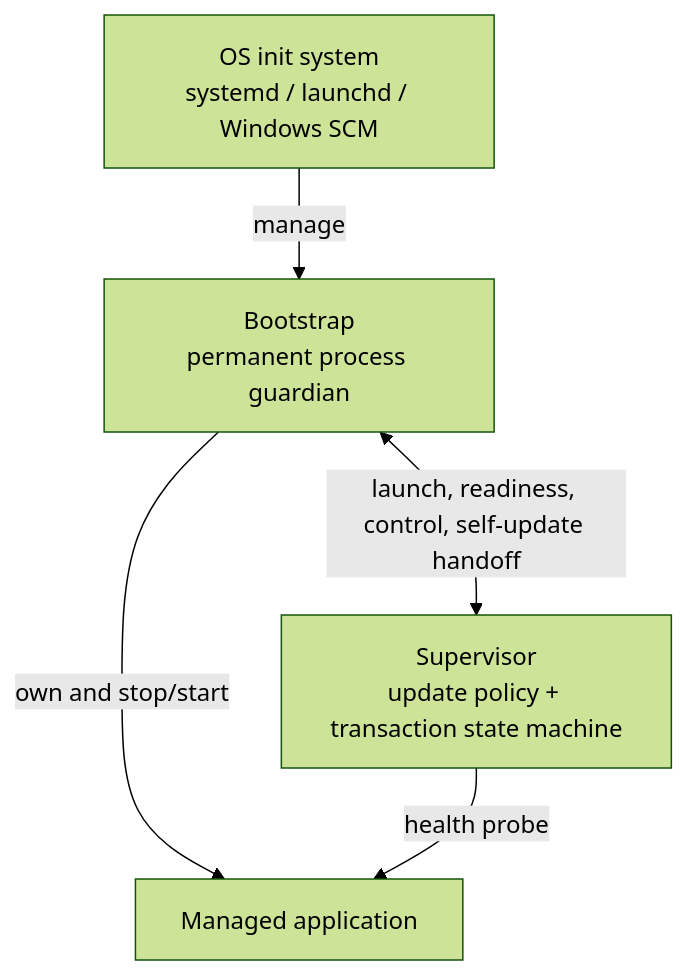
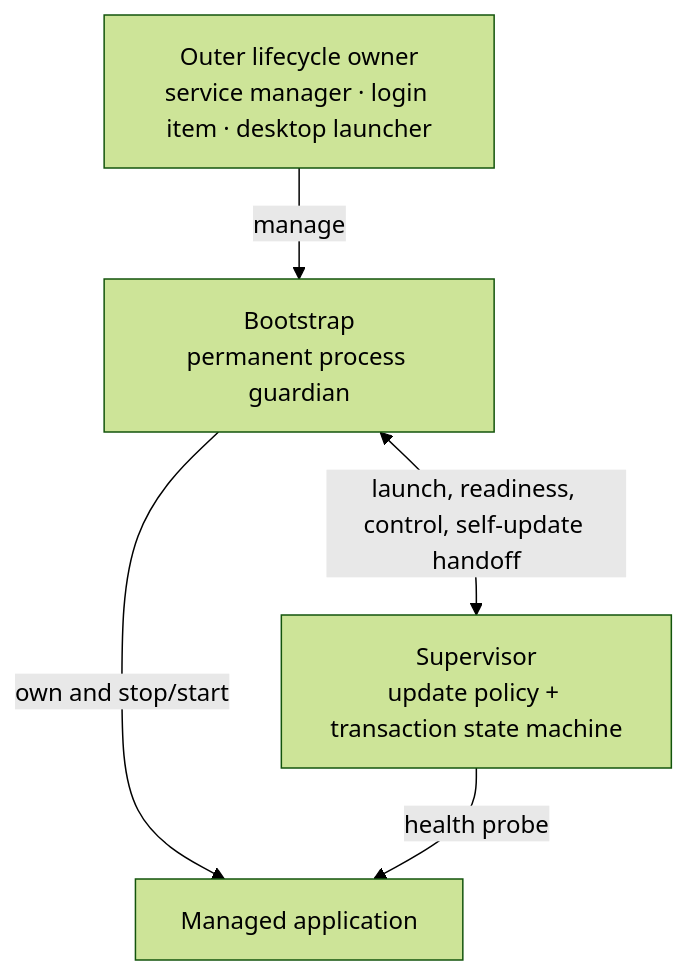
One commit to evan-hines-js/updatedc changed the second of 5 diagrams in README.md. Above: the diagram before and after it, drawn with Mermaid (forest theme). The commit also changed other lines of this file and 6 other files, not shown here.

````diff
--- a/README.md
+++ b/README.md
@@ -260,12 +269,12 @@
 ```mermaid
 flowchart TD
-    I[OS init system<br/>systemd / launchd / Windows SCM]
+    I[Outer lifecycle owner<br/>service manager · login item · desktop launcher]
     B[Bootstrap<br/>permanent process guardian]
     S[Supervisor<br/>update policy + transaction state machine]
     A[Managed application]
 
     I -->|manage| B
     B <-->|launch, readiness, control, self-update handoff| S
     B -->|own and stop/start| A
     S -->|health probe| A
 ```
````
